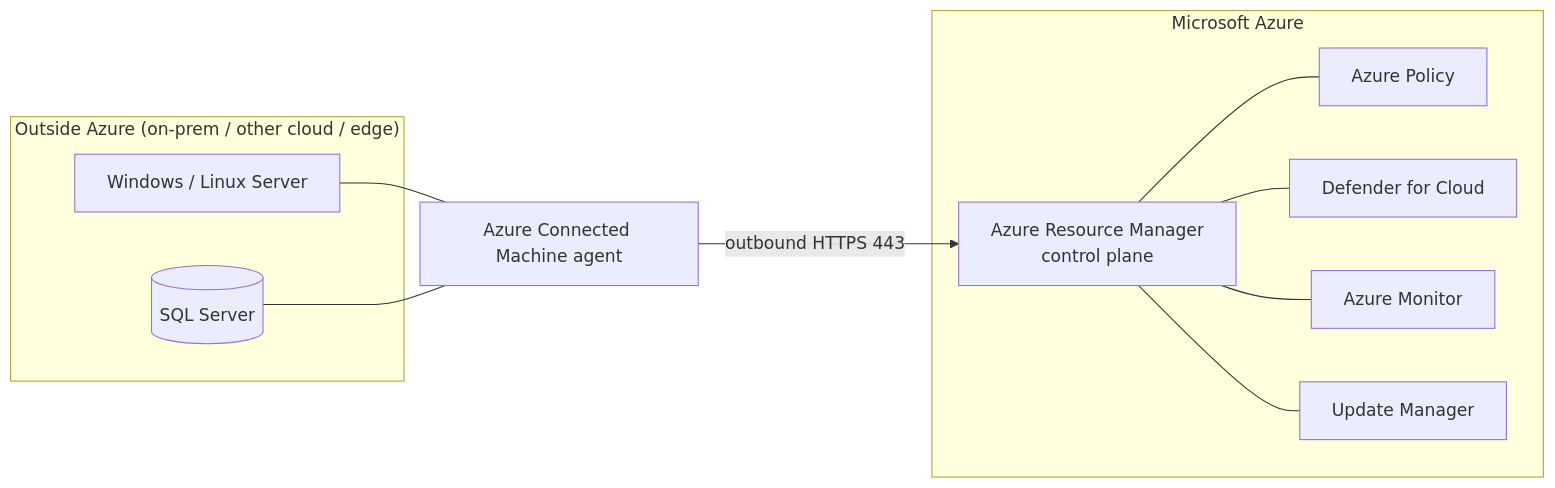
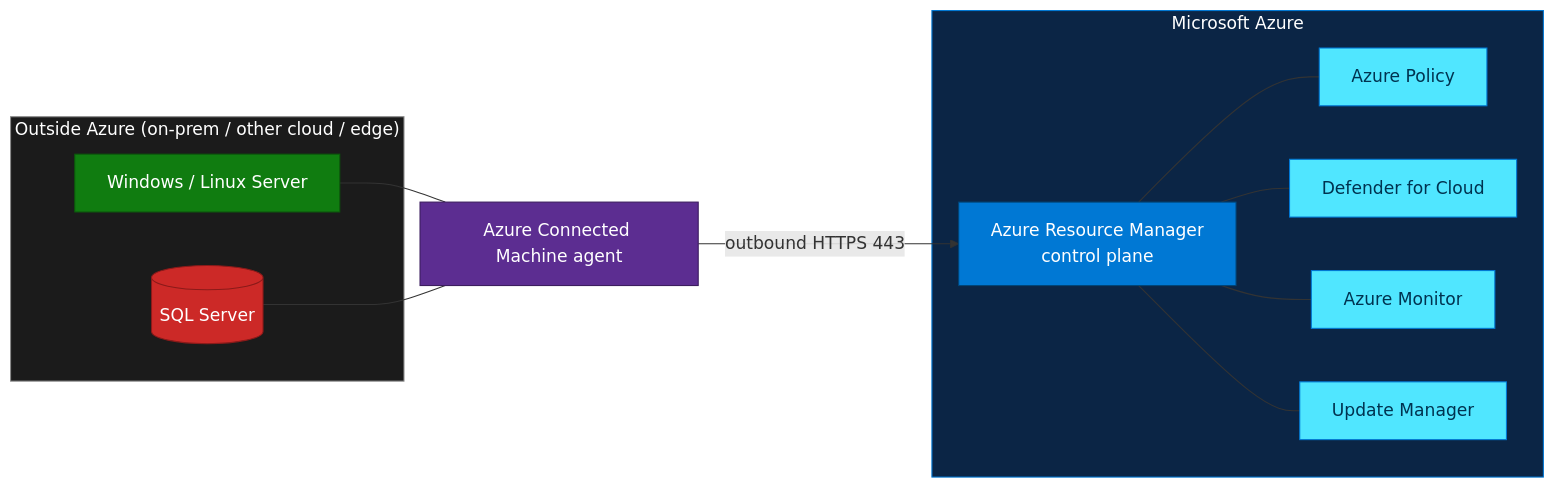
The diagram in index.md (ibranibeny/azure-arc-workshop), drawn with Mermaid before and after one commit. The commit also changed 1 other file, not shown here.

Commit message:
Add Azure-themed colors to Mermaid diagrams (mermaid-diagrams skill)

````diff
--- a/index.md
+++ b/index.md
@@ -59,18 +59,35 @@
 ```mermaid
+%% Colored per the mermaid-diagrams skill (classDef + subgraph style)
 flowchart LR
     subgraph Outside["Outside Azure (on-prem / other cloud / edge)"]
         S[Windows / Linux Server]
         Q[(SQL Server)]
     end
     A[Azure Connected Machine agent] -->|outbound HTTPS 443| ARM
     S --- A
     Q --- A
     subgraph Azure["Microsoft Azure"]
         ARM[Azure Resource Manager<br/>control plane]
         POL[Azure Policy]
         DEF[Defender for Cloud]
         MON[Azure Monitor]
         UPD[Update Manager]
         ARM --- POL & DEF & MON & UPD
     end
+
+    %% Color palette
+    classDef server fill:#107C10,stroke:#0B5A0B,color:#ffffff;
+    classDef sql fill:#CC2927,stroke:#8B1A19,color:#ffffff;
+    classDef agent fill:#5C2D91,stroke:#3B1C5E,color:#ffffff;
+    classDef arm fill:#0078D4,stroke:#004578,color:#ffffff;
+    classDef svc fill:#50E6FF,stroke:#0078D4,color:#003350;
+
+    class S server
+    class Q sql
+    class A agent
+    class ARM arm
+    class POL,DEF,MON,UPD svc
+
+    style Outside fill:#1b1b1b,stroke:#8A8A8A,color:#ffffff
+    style Azure fill:#0b2545,stroke:#0078D4,color:#ffffff
 ```
````
